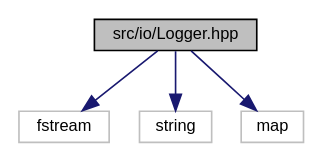
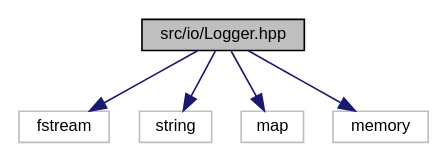
The diagram in _logger_8hpp__incl.dot (Wisteca/FilRougeDoc), drawn with Graphviz before and after one commit. The commit also changed 210 other files, not shown here.

```diff
--- a/_logger_8hpp__incl.dot
+++ b/_logger_8hpp__incl.dot
@@ -1,13 +1,15 @@
 digraph "src/io/Logger.hpp"
 {
  // LATEX_PDF_SIZE
   edge [fontname="Helvetica",fontsize="10",labelfontname="Helvetica",labelfontsize="10"];
   node [fontname="Helvetica",fontsize="10",shape=record];
   Node1 [label="src/io/Logger.hpp",height=0.2,width=0.4,color="black", fillcolor="grey75", style="filled", fontcolor="black",tooltip="Singleton that manages logs, their severity and files."];
   Node1 -> Node2 [color="midnightblue",fontsize="10",style="solid",fontname="Helvetica"];
   Node2 [label="fstream",height=0.2,width=0.4,color="grey75", fillcolor="white", style="filled",tooltip=" "];
   Node1 -> Node3 [color="midnightblue",fontsize="10",style="solid",fontname="Helvetica"];
   Node3 [label="string",height=0.2,width=0.4,color="grey75", fillcolor="white", style="filled",tooltip=" "];
   Node1 -> Node4 [color="midnightblue",fontsize="10",style="solid",fontname="Helvetica"];
   Node4 [label="map",height=0.2,width=0.4,color="grey75", fillcolor="white", style="filled",tooltip=" "];
+  Node1 -> Node5 [color="midnightblue",fontsize="10",style="solid",fontname="Helvetica"];
+  Node5 [label="memory",height=0.2,width=0.4,color="grey75", fillcolor="white", style="filled",tooltip=" "];
 }
```
